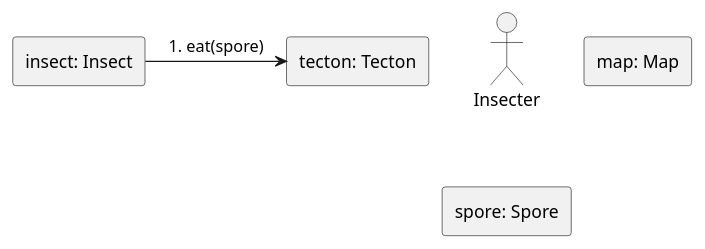
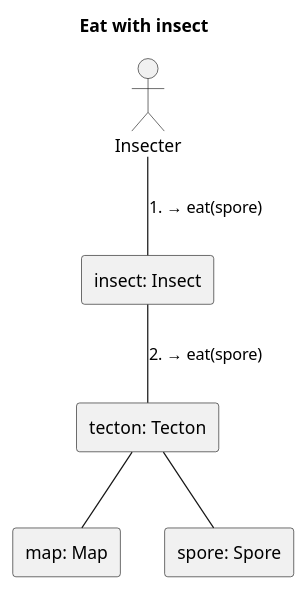
One commit to Petya-G/fungorium changed the diagram in 5/communication_diagrams/insecter/eat.puml. Above: the diagram before and after it, drawn with PlantUML. The commit also changed 1 other file, not shown here.

Commit message:
changes to insect communication diagrams

```diff
--- a/5/communication_diagrams/insecter/eat.puml
+++ b/5/communication_diagrams/insecter/eat.puml
@@ -2,11 +2,15 @@
-@startuml Eat with insect
+@startuml
+title Eat with insect
 skinparam linestyle ortho
-actor Insecter
+actor Insecter as 0
 rectangle "map: Map" as 1
 rectangle "tecton: Tecton" as 2.1
 rectangle "insect: Insect" as 3
 rectangle "spore: Spore" as 4
 
-3 -right-> 2.1: 1. eat(spore)
+0 -- 3 :  1. → eat(spore)
+3 -- 2.1:  2. → eat(spore)
+2.1 -- 1
+2.1 -- 4
 
 @enduml
```
